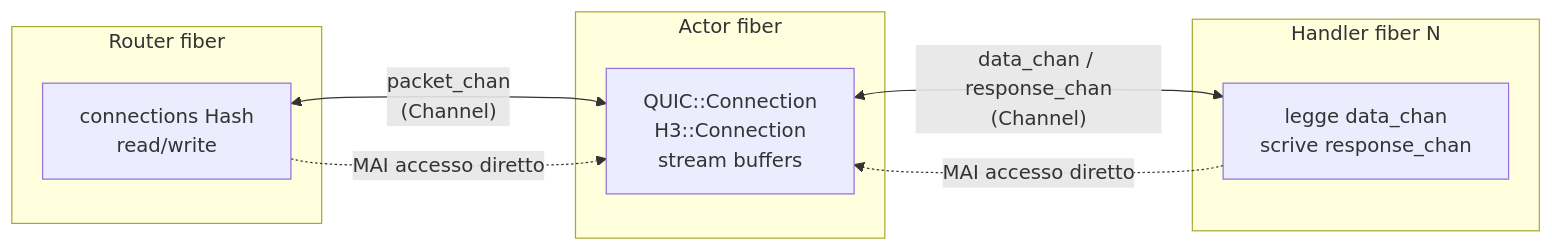
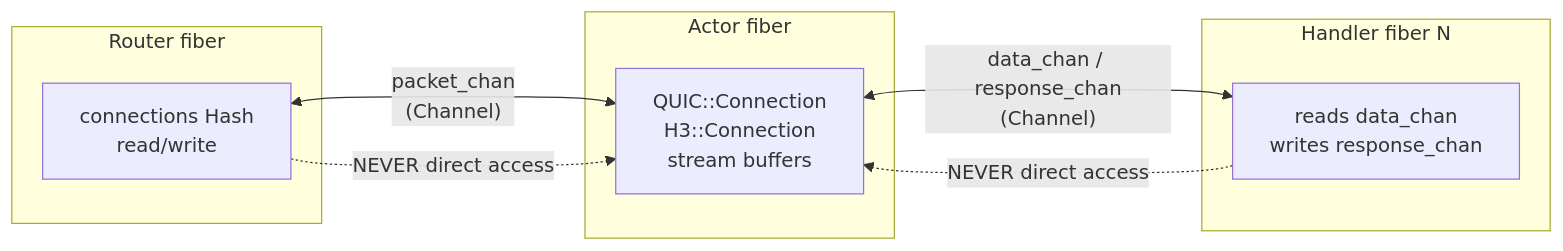
The seventh of 9 diagrams in actormodel.md (eltony81/quic.cr), drawn with Mermaid before and after one commit. The commit also changed other lines of this file and 37 other files, not shown here.

````diff
--- a/actormodel.md
+++ b/actormodel.md
@@ -279,17 +277,17 @@
 ```mermaid
 graph LR
     subgraph "Router fiber"
         RL2["connections Hash\nread/write"]
     end
     subgraph "Actor fiber"
         QC2["QUIC::Connection\nH3::Connection\nstream buffers"]
     end
     subgraph "Handler fiber N"
-        HF2["legge data_chan\nscrive response_chan"]
+        HF2["reads data_chan\nwrites response_chan"]
     end
 
     RL2 <-->|"packet_chan\n(Channel)"| QC2
     QC2 <-->|"data_chan / response_chan\n(Channel)"| HF2
-    RL2 -.->|"MAI accesso diretto"| QC2
-    HF2 -.->|"MAI accesso diretto"| QC2
+    RL2 -.->|"NEVER direct access"| QC2
+    HF2 -.->|"NEVER direct access"| QC2
 ```
````
